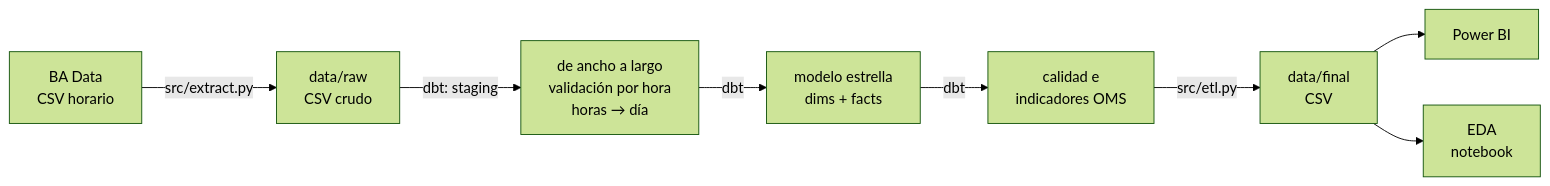
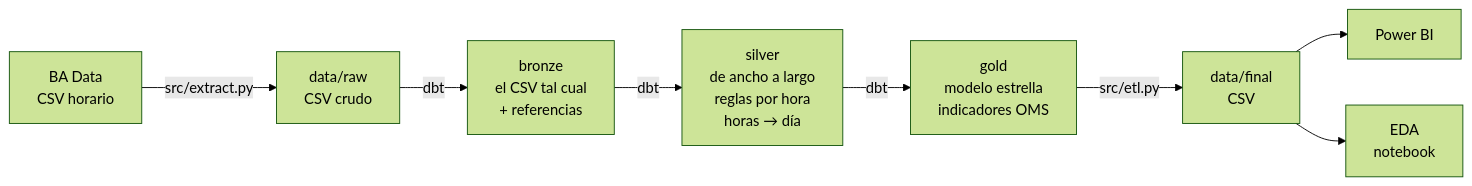
The diagram in README.md (ezequielmaranda/nox-ciudad), drawn with Mermaid (forest theme) before and after one commit. The commit also changed other lines of this file and 100 other files, not shown here.

````diff
--- a/README.md
+++ b/README.md
@@ -219,10 +217,10 @@
 ```mermaid
 flowchart LR
     A["BA Data<br/>CSV horario"] -- "src/extract.py" --> B["data/raw<br/>CSV crudo"]
-    B -- "dbt: staging" --> C["de ancho a largo<br/>validación por hora<br/>horas → día"]
-    C -- "dbt" --> D["modelo estrella<br/>dims + facts"]
-    D -- "dbt" --> E["calidad e<br/>indicadores OMS"]
+    B -- "dbt" --> C["bronze<br/>el CSV tal cual<br/>+ referencias"]
+    C -- "dbt" --> D["silver<br/>de ancho a largo<br/>reglas por hora<br/>horas → día"]
+    D -- "dbt" --> E["gold<br/>modelo estrella<br/>indicadores OMS"]
     E -- "src/etl.py" --> F["data/final<br/>CSV"]
     F --> G["Power BI"]
     F --> H["EDA<br/>notebook"]
 ```
````
